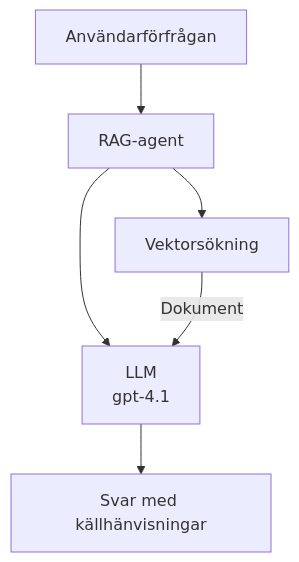
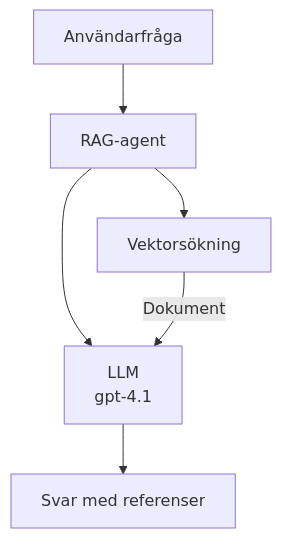
Before and after one commit to microsoft/AZD-for-beginners: the second of 3 diagrams in translations/sv/docs/chapter-02-ai-development/agents.md, drawn with Mermaid. The commit also changed other lines of this file and 104 other files, not shown here.

````diff
--- a/translations/sv/docs/chapter-02-ai-development/agents.md
+++ b/translations/sv/docs/chapter-02-ai-development/agents.md
@@ -175,8 +181,8 @@
 ```mermaid
 graph TD
-    Query[Användarförfrågan] --> RAG[RAG-agent]
+    Query[Användarfråga] --> RAG[RAG-agent]
     RAG --> Vector[Vektorsökning]
     RAG --> LLM[LLM<br/>gpt-4.1]
     Vector -- Dokument --> LLM
-    LLM --> Response[Svar med källhänvisningar]
+    LLM --> Response[Svar med referenser]
 ```
````
